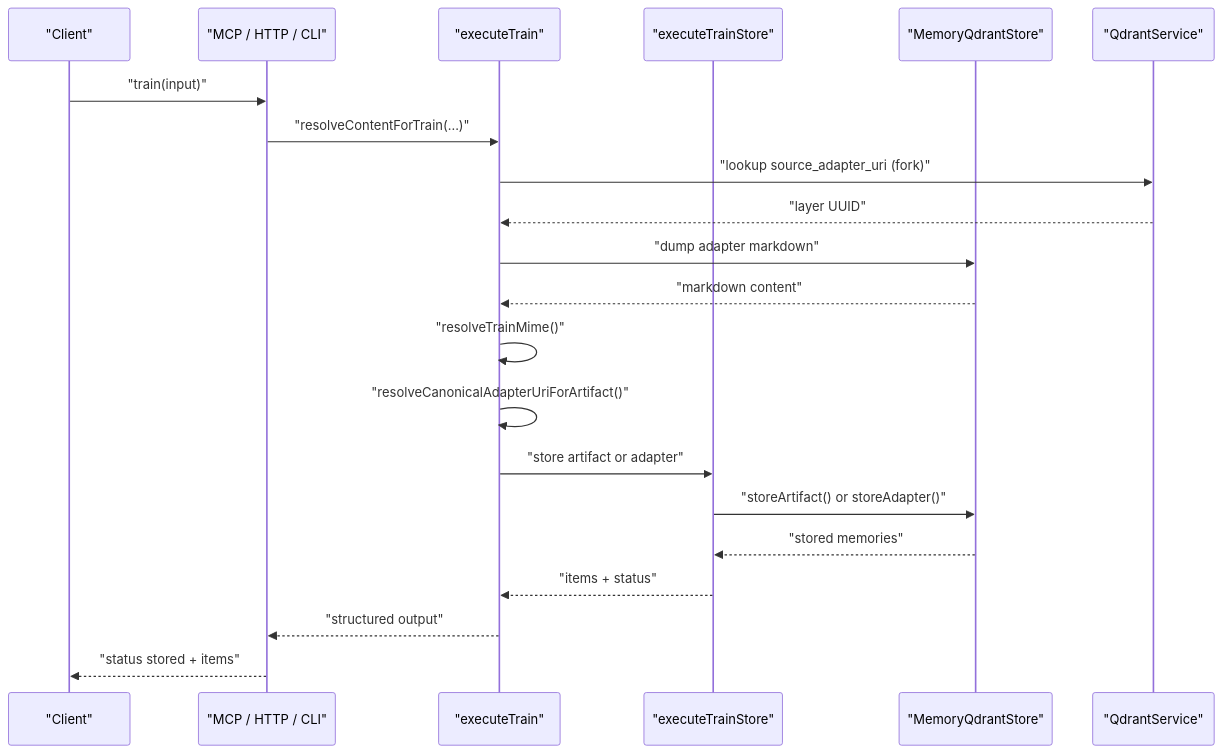
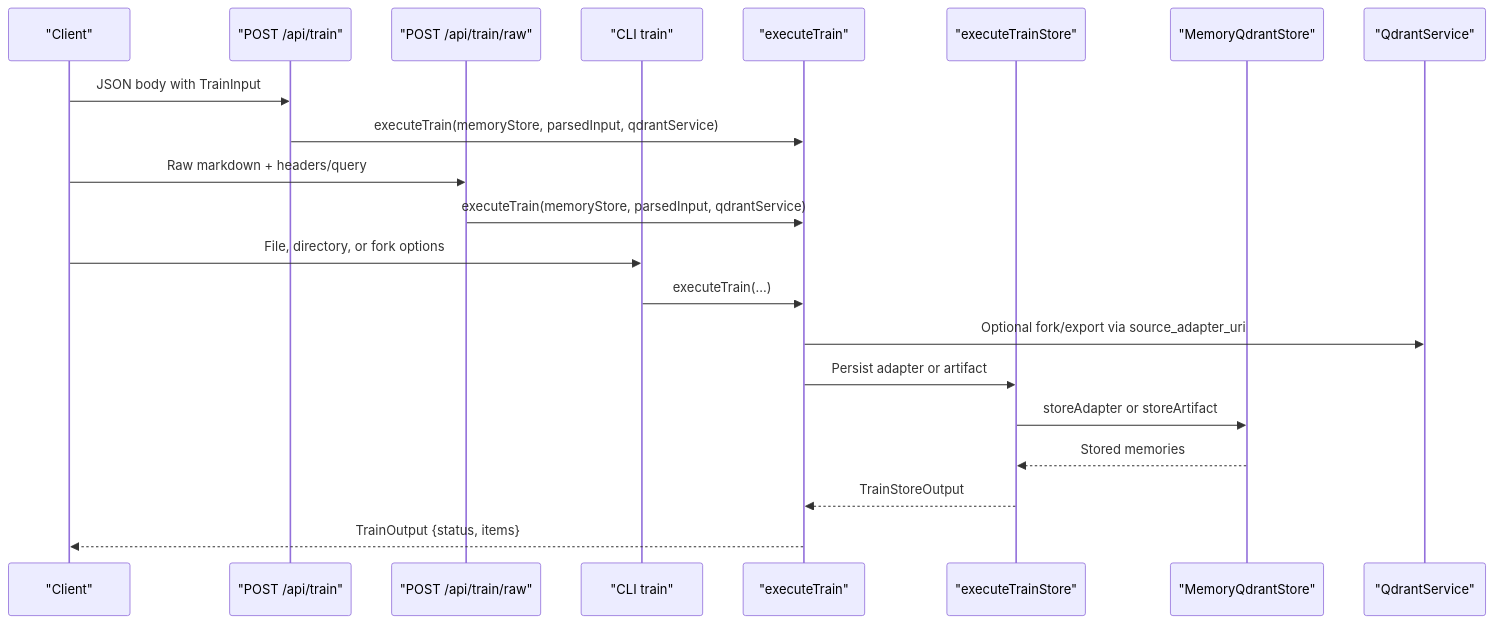
The second of 12 diagrams in .qoder/repowiki/en/content/MCP Tools Reference/Train Tool.md (SquadRules/mcp), drawn with Mermaid before and after one commit. The commit also changed other lines of this file and 553 other files, not shown here.

````diff
--- a/.qoder/repowiki/en/content/MCP Tools Reference/Train Tool.md
+++ b/.qoder/repowiki/en/content/MCP Tools Reference/Train Tool.md
@@ -145,23 +109,23 @@
 ```mermaid
 sequenceDiagram
 participant Client as "Client"
-participant Transport as "MCP / HTTP / CLI"
-participant Train as "executeTrain"
+participant HttpJson as "POST /api/train"
+participant HttpRaw as "POST /api/train/raw"
+participant Cli as "CLI train"
+participant Tool as "executeTrain"
 participant Store as "executeTrainStore"
 participant Memory as "MemoryQdrantStore"
-participant Qdrant as "QdrantService"
-Client->>Transport : "train(input)"
-Transport->>Train : "resolveContentForTrain(...)"
-Train->>Qdrant : "lookup source_adapter_uri (fork)"
-Qdrant-->>Train : "layer UUID"
-Train->>Memory : "dump adapter markdown"
-Memory-->>Train : "markdown content"
-Train->>Train : "resolveTrainMime()"
-Train->>Train : "resolveCanonicalAdapterUriForArtifact()"
-Train->>Store : "store artifact or adapter"
-Store->>Memory : "storeArtifact() or storeAdapter()"
-Memory-->>Store : "stored memories"
-Store-->>Train : "items + status"
-Train-->>Transport : "structured output"
-Transport-->>Client : "status stored + items"
+participant Vector as "QdrantService"
+Client->>HttpJson : JSON body with TrainInput
+HttpJson->>Tool : executeTrain(memoryStore, parsedInput, qdrantService)
+Client->>HttpRaw : Raw markdown + headers/query
+HttpRaw->>Tool : executeTrain(memoryStore, parsedInput, qdrantService)
+Client->>Cli : File, directory, or fork options
+Cli->>Tool : executeTrain(...)
+Tool->>Vector : Optional fork/export via source_adapter_uri
+Tool->>Store : Persist adapter or artifact
+Store->>Memory : storeAdapter or storeArtifact
+Memory-->>Store : Stored memories
+Store-->>Tool : TrainStoreOutput
+Tool-->>Client : TrainOutput {status, items}
 ```
````
